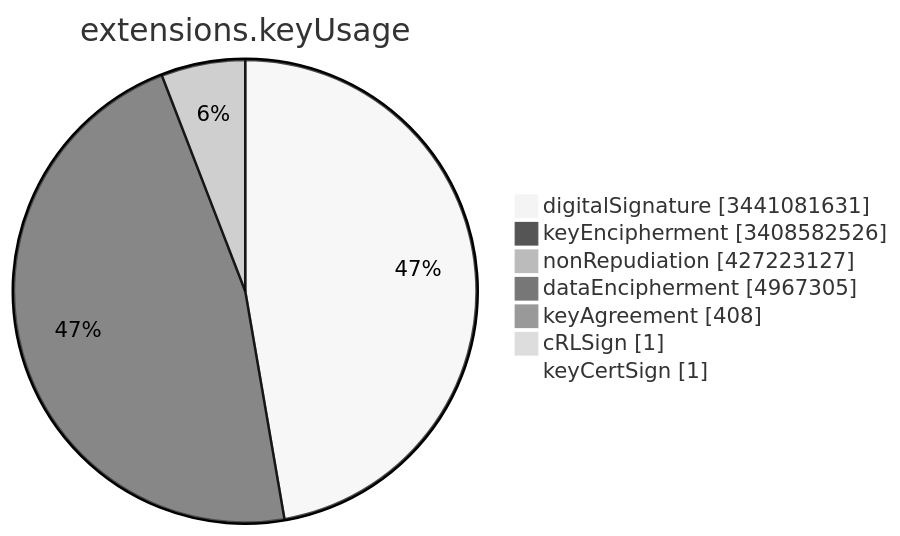
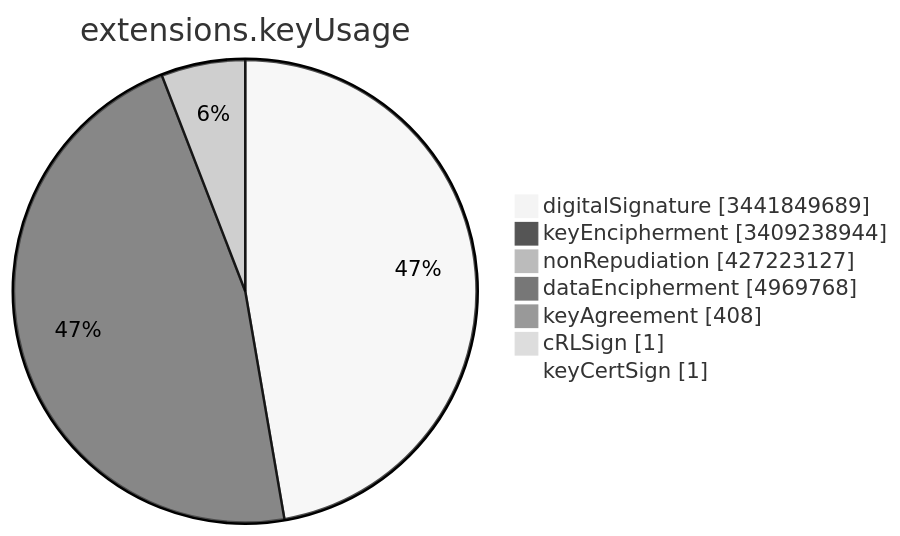
Before and after one commit to christiankrug/ctmonitor_visualization: the sixth of 15 diagrams in TOTAL/README.md, drawn with Mermaid (neutral theme). The commit also changed other lines of this file, not shown here.

````diff
--- a/TOTAL/README.md
+++ b/TOTAL/README.md
@@ -3082,11 +3082,11 @@
 ```mermaid
 pie showData
 title extensions.keyUsage
-"digitalSignature" :3441081631
-"keyEncipherment" :3408582526
+"digitalSignature" :3441849689
+"keyEncipherment" :3409238944
 "nonRepudiation" :427223127
-"dataEncipherment" :4967305
+"dataEncipherment" :4969768
 "keyAgreement" :408
 "cRLSign" :1
 "keyCertSign" :1
 ```
````
